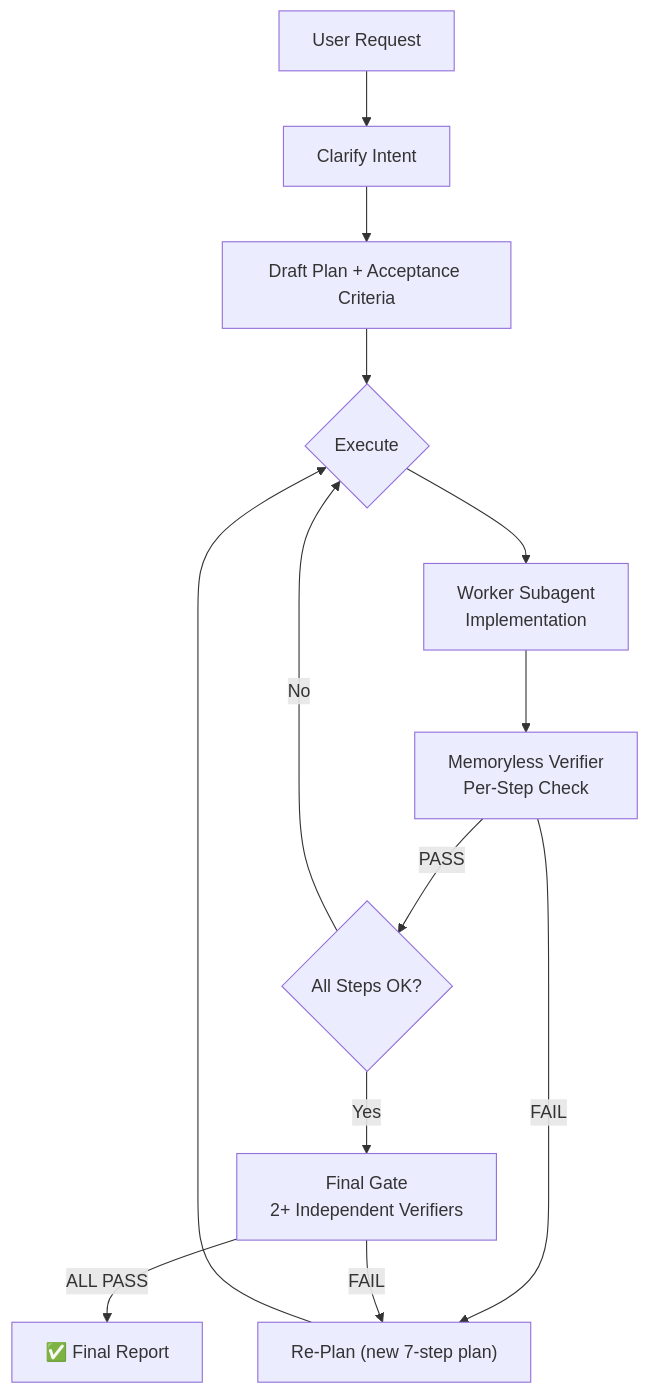
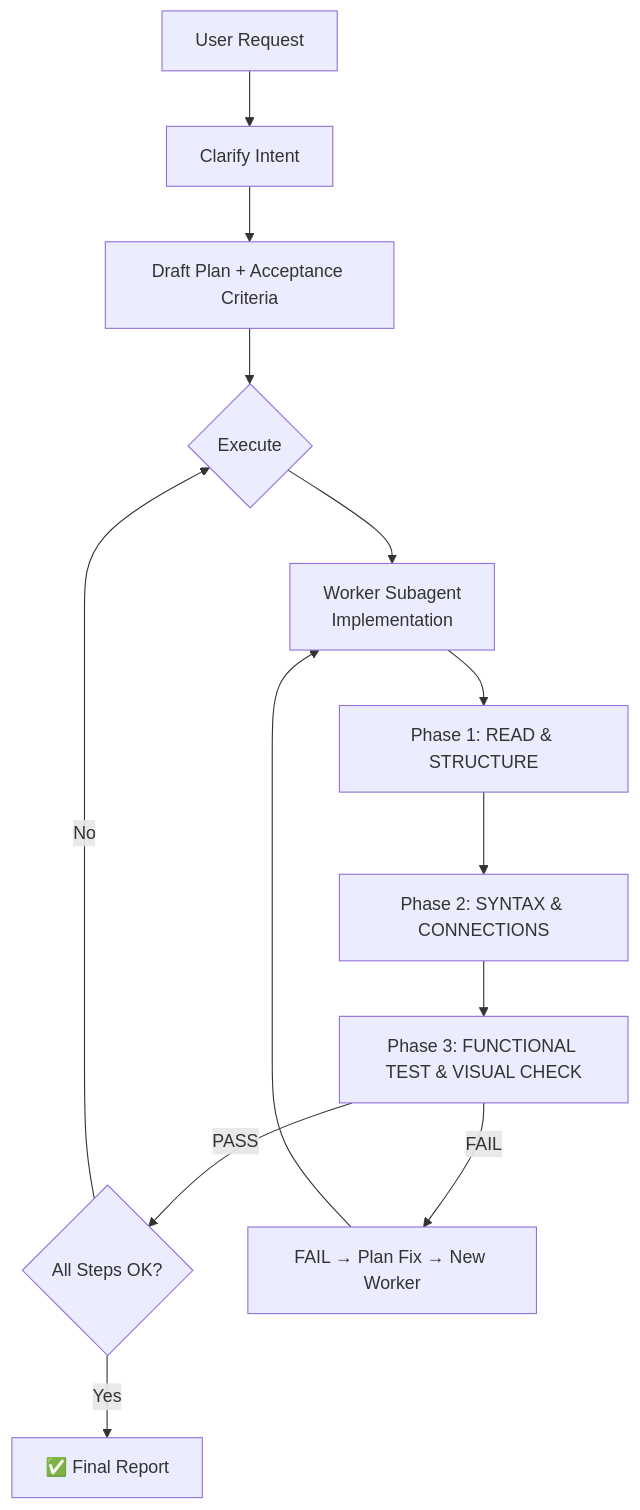
One commit to bauerelizabeth07139/plan-guardian-skill changed the diagram in README.md. Above: the diagram before and after it, drawn with Mermaid. The commit also changed other lines of this file, not shown here.

Commit message:
docs: update README with 3-phase verification, context management, and current features

````diff
--- a/README.md
+++ b/README.md
@@ -60,14 +62,14 @@
 ```mermaid
 flowchart TD
     A[User Request] --> B[Clarify Intent]
     B --> C[Draft Plan + Acceptance Criteria]
     C --> D{Execute}
     D --> E[Worker Subagent<br/>Implementation]
-    E --> F[Memoryless Verifier<br/>Per-Step Check]
-    F -->|PASS| G{All Steps OK?}
-    F -->|FAIL| H["Re-Plan (new 7-step plan)"] --> D
-    G -->|Yes| I[Final Gate<br/>2+ Independent Verifiers]
-    G -->|No| D
-    I -->|ALL PASS| J[✅ Final Report]
-    I -->|FAIL| H
+    E --> F[Phase 1: READ & STRUCTURE]
+    F --> G[Phase 2: SYNTAX & CONNECTIONS]
+    G --> H[Phase 3: FUNCTIONAL TEST & VISUAL CHECK]
+    H -->|PASS| I{All Steps OK?}
+    H -->|FAIL| J[FAIL → Plan Fix → New Worker] --> E
+    I -->|Yes| K[✅ Final Report]
+    I -->|No| D
 ```
````
